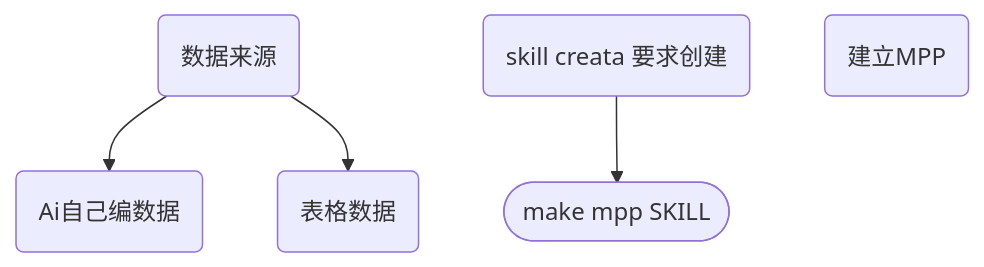
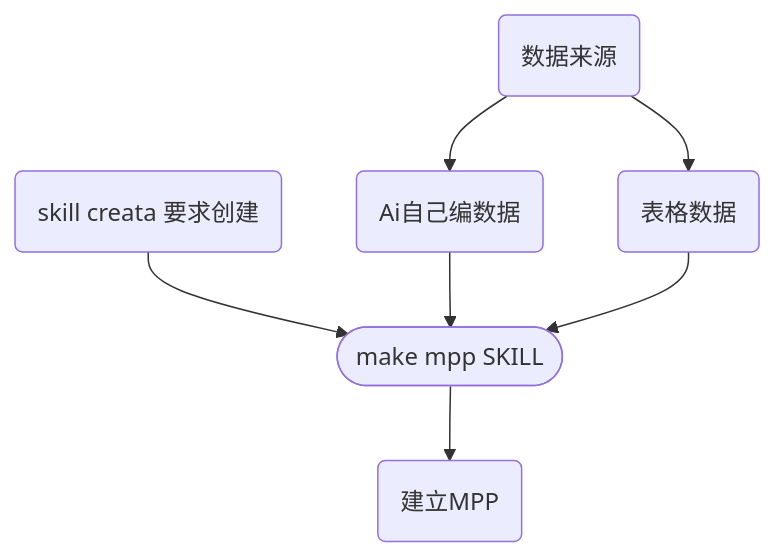
The diagram in notes/进度MMP skill (local)_289c8ca6-dc65-4f5d-8e6f-773a3c6cc0dc.md (fireflysss/mermaid-notes), drawn with Mermaid before and after one commit. The commit also changed 3 other files, not shown here.

Commit message:
Sync Mermaid Studio data (11 diagrams)

````diff
--- a/notes/进度MMP skill (local)_289c8ca6-dc65-4f5d-8e6f-773a3c6cc0dc.md
+++ b/notes/进度MMP skill (local)_289c8ca6-dc65-4f5d-8e6f-773a3c6cc0dc.md
@@ -3,13 +3,16 @@
 ```mermaid
 flowchart TD
   n_0(["make mpp SKILL"])
   n_1("数据来源")
   n_2("skill  creata 要求创建")
   n_3("Ai自己编数据")
   n_4("表格数据")
   n_5("建立MPP")
-  n_2 --> n_0
   n_1 --> n_3
   n_1 --> n_4
+  n_2 --> n_0
+  n_3 --> n_0
+  n_4 --> n_0
+  n_0 --> n_5
 
 ```
````
